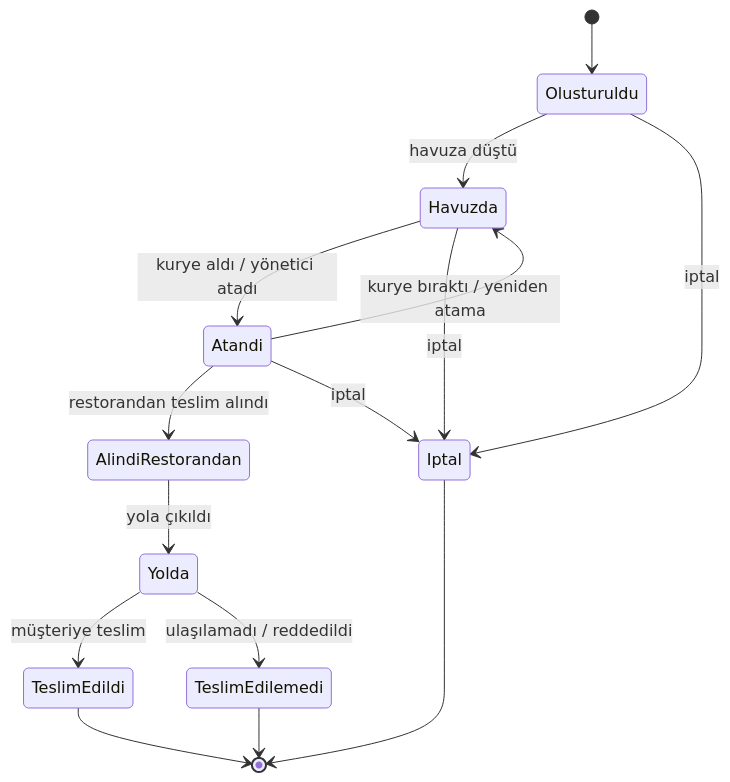
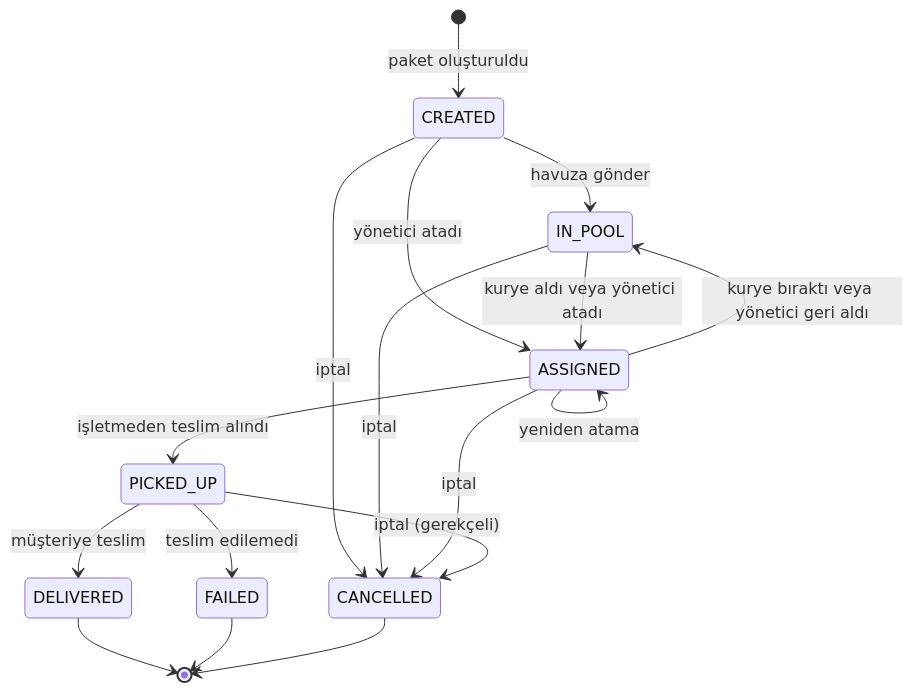
Before and after one commit to Kadir0642/kurye-yonetim-sistemi-showcase: the third of 5 diagrams in docs/MIMARI.md, drawn with Mermaid. The commit also changed other lines of this file and 23 other files, not shown here.

````diff
--- a/docs/MIMARI.md
+++ b/docs/MIMARI.md
@@ -167,17 +175,19 @@
 ```mermaid
 stateDiagram-v2
-    [*] --> Olusturuldu
-    Olusturuldu --> Havuzda : havuza düştü
-    Havuzda --> Atandi : kurye aldı / yönetici atadı
-    Atandi --> Havuzda : kurye bıraktı / yeniden atama
-    Atandi --> AlindiRestorandan : restorandan teslim alındı
-    AlindiRestorandan --> Yolda : yola çıkıldı
-    Yolda --> TeslimEdildi : müşteriye teslim
-    Yolda --> TeslimEdilemedi : ulaşılamadı / reddedildi
-    Olusturuldu --> Iptal : iptal
-    Havuzda --> Iptal : iptal
-    Atandi --> Iptal : iptal
-    TeslimEdildi --> [*]
-    TeslimEdilemedi --> [*]
-    Iptal --> [*]
+    [*] --> CREATED : paket oluşturuldu
+    CREATED --> IN_POOL : havuza gönder
+    CREATED --> ASSIGNED : yönetici atadı
+    IN_POOL --> ASSIGNED : kurye aldı veya yönetici atadı
+    ASSIGNED --> ASSIGNED : yeniden atama
+    ASSIGNED --> IN_POOL : kurye bıraktı veya yönetici geri aldı
+    ASSIGNED --> PICKED_UP : işletmeden teslim alındı
+    PICKED_UP --> DELIVERED : müşteriye teslim
+    PICKED_UP --> FAILED : teslim edilemedi
+    CREATED --> CANCELLED : iptal
+    IN_POOL --> CANCELLED : iptal
+    ASSIGNED --> CANCELLED : iptal
+    PICKED_UP --> CANCELLED : iptal (gerekçeli)
+    DELIVERED --> [*]
+    FAILED --> [*]
+    CANCELLED --> [*]
 ```
````
